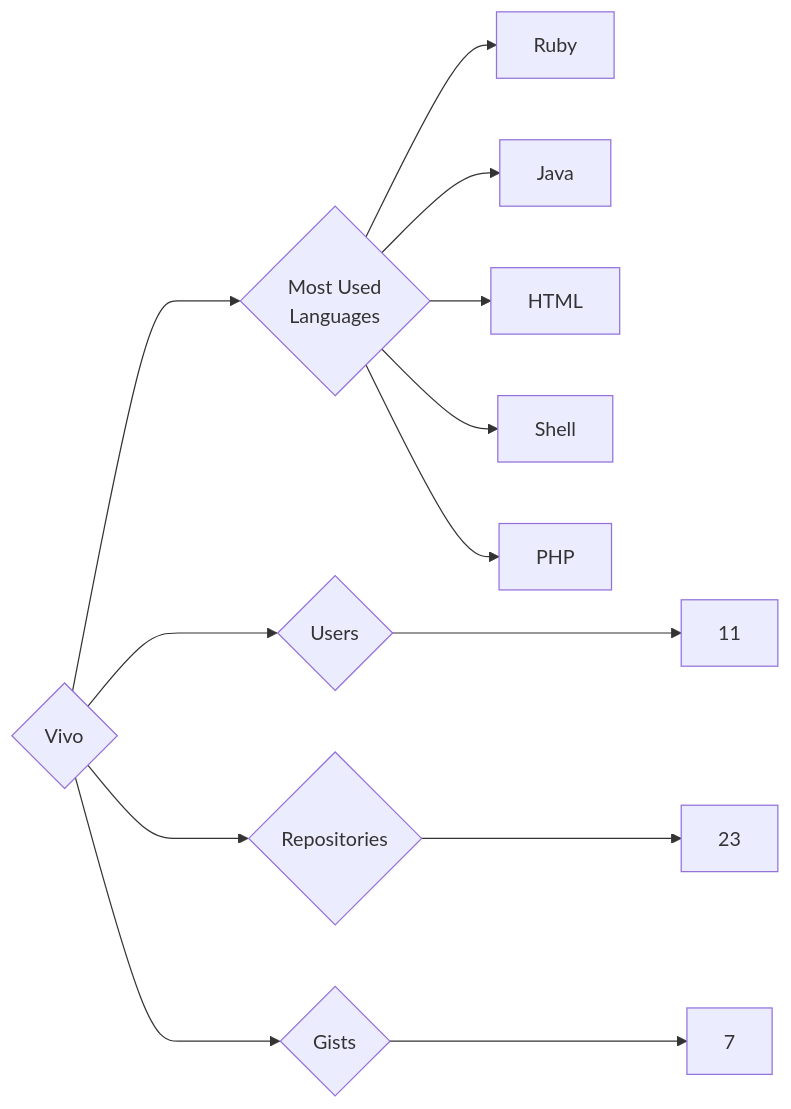
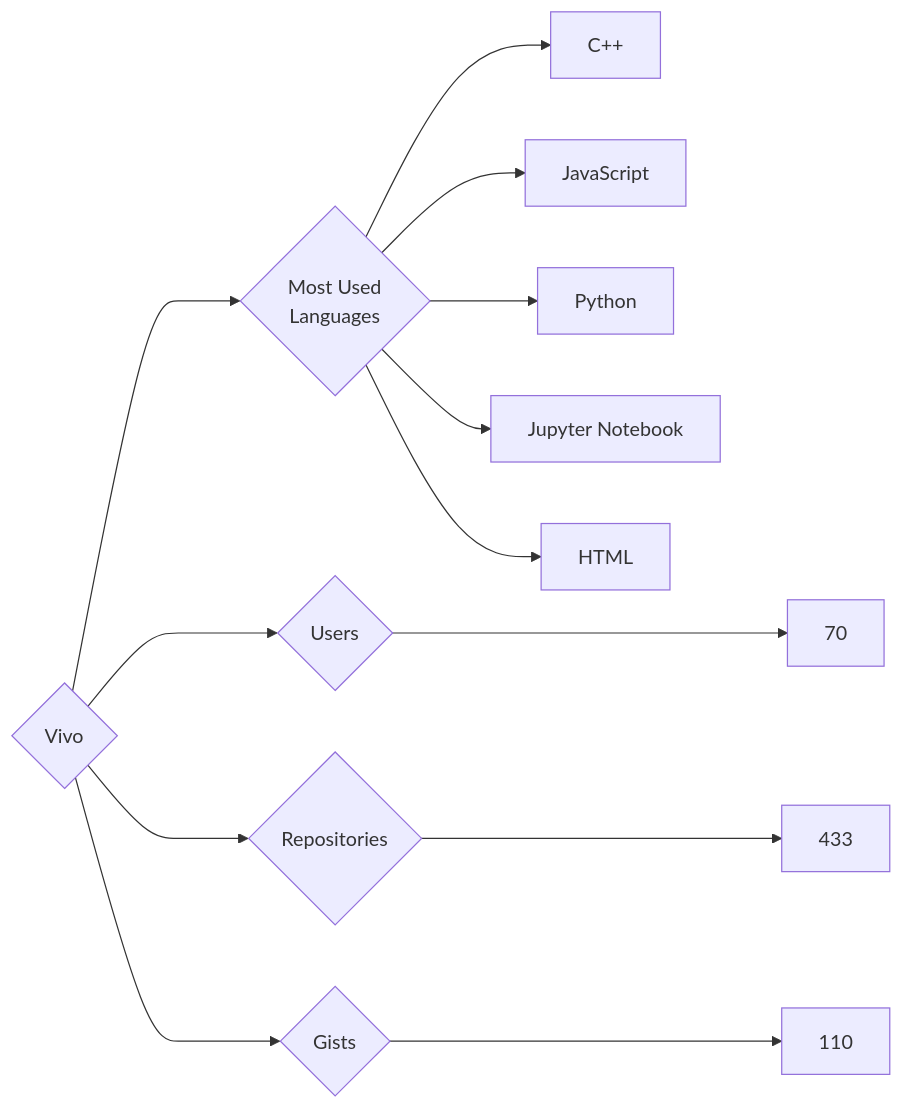
One commit to trickest/insiders changed the diagram in targets/Vivo/README.md. Above: the diagram before and after it, drawn with Mermaid. The commit also changed 928 other files, not shown here.

````diff
--- a/targets/Vivo/README.md
+++ b/targets/Vivo/README.md
@@ -3,13 +3,13 @@
 ```mermaid
 graph LR
 COMPANY_NAME{Vivo}
-COMPANY_NAME ---> U{Users} ---> UN[11]
-COMPANY_NAME ---> R{Repositories} ---> RN[23]
-COMPANY_NAME ---> G{Gists} ---> GN[7]
+COMPANY_NAME ---> U{Users} ---> UN[70]
+COMPANY_NAME ---> R{Repositories} ---> RN[433]
+COMPANY_NAME ---> G{Gists} ---> GN[110]
 COMPANY_NAME ---> ML{Most Used<br>Languages}
-ML --> Ruby[Ruby]
-ML --> Java[Java]
+ML --> C++[C++]
+ML --> JavaScript[JavaScript]
+ML --> Python[Python]
+ML --> Jupyter_Notebook[Jupyter Notebook]
 ML --> HTML[HTML]
-ML --> Shell[Shell]
-ML --> PHP[PHP]
 ```
````
